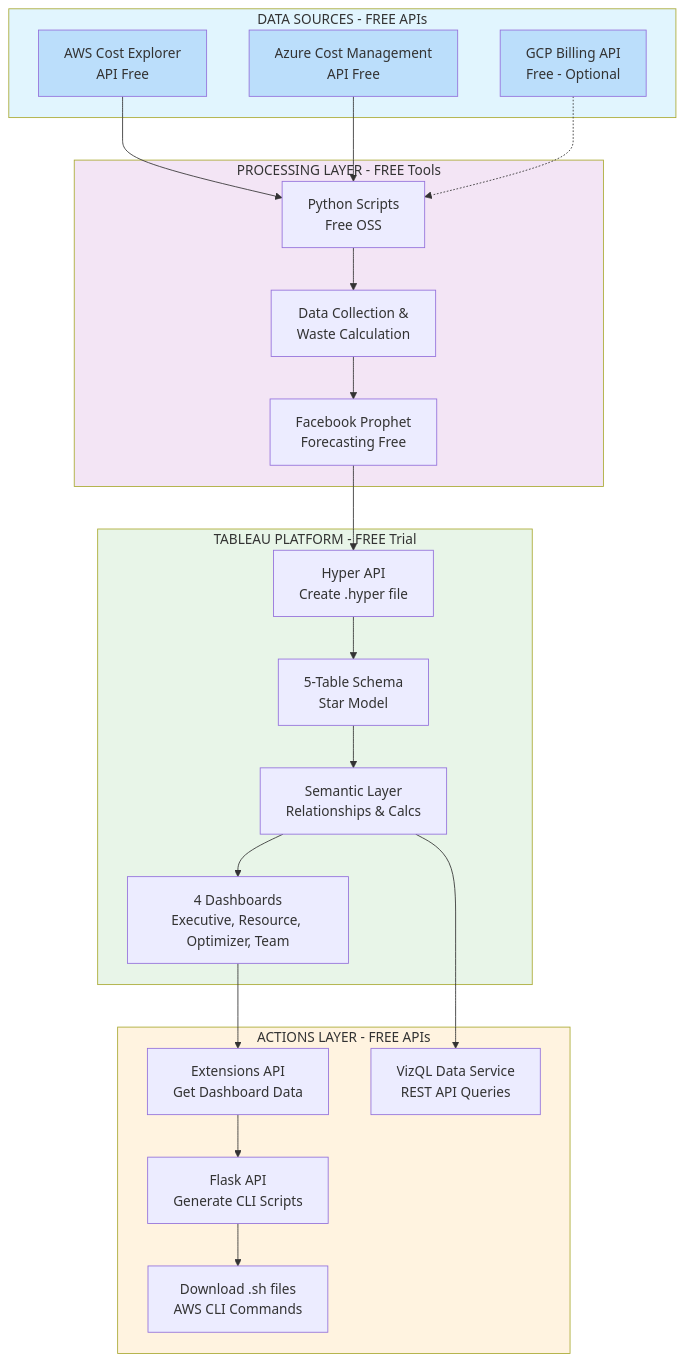
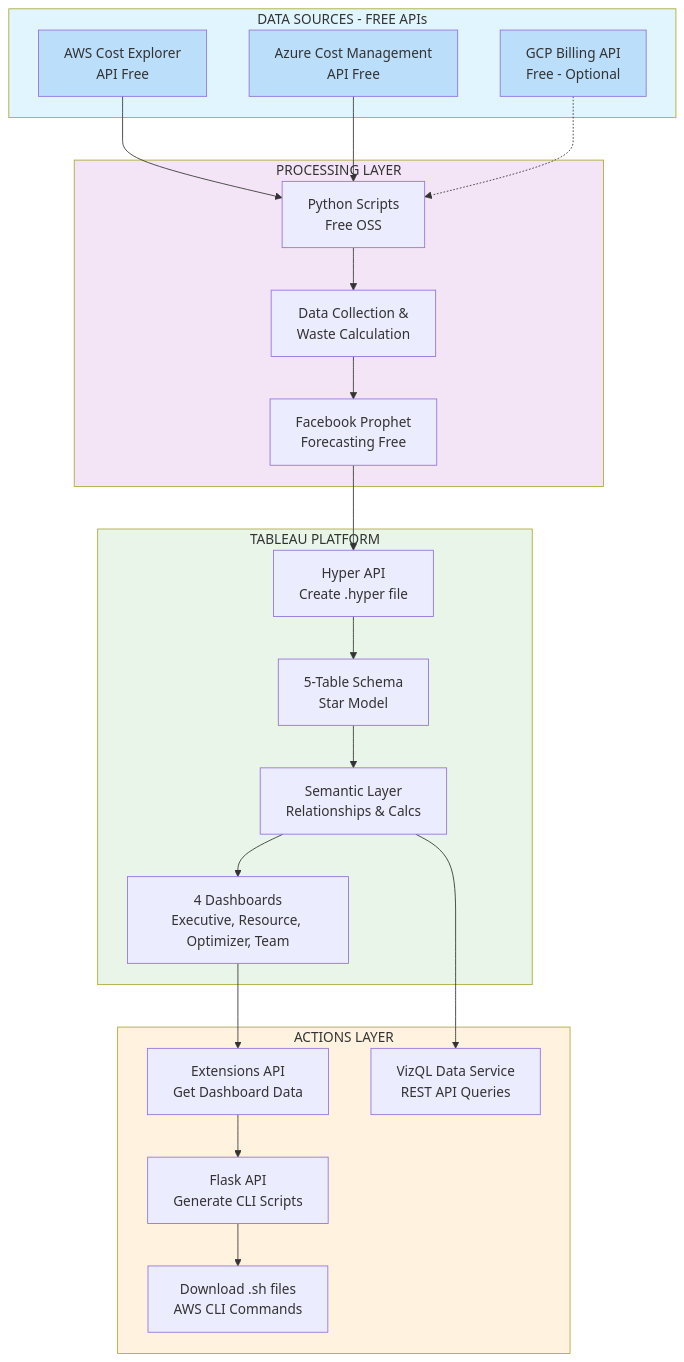
The first of 2 diagrams in README.md (SuchithraChandrasekaran/cloudcost-tracker), drawn with Mermaid before and after one commit.

````diff
--- a/README.md
+++ b/README.md
@@ -93,54 +93,54 @@
 ```mermaid
 
 flowchart TD
     subgraph A [DATA SOURCES - FREE APIs]
         A1[AWS Cost Explorer<br/>API Free]
         A2[Azure Cost Management<br/>API Free] 
         A3[GCP Billing API<br/>Free - Optional]
     end
 
-    subgraph B [PROCESSING LAYER - FREE Tools]
+    subgraph B [PROCESSING LAYER ]
         B1[Python Scripts<br/>Free OSS]
         B2[Data Collection &<br/>Waste Calculation]
         B3[Facebook Prophet<br/>Forecasting Free]
     end
 
-    subgraph C [TABLEAU PLATFORM - FREE Trial]
+    subgraph C [TABLEAU PLATFORM ]
         C1[Hyper API<br/>Create .hyper file]
         C2[5-Table Schema<br/>Star Model]
         C3[Semantic Layer<br/>Relationships & Calcs]
         C4[4 Dashboards<br/>Executive, Resource, Optimizer, Team]
     end
 
-    subgraph D [ACTIONS LAYER - FREE APIs]
+    subgraph D [ACTIONS LAYER ]
         D1[Extensions API<br/>Get Dashboard Data]
         D2[Flask API<br/>Generate CLI Scripts]
         D3[VizQL Data Service<br/>REST API Queries]
         D4[Download .sh files<br/>AWS CLI Commands]
     end
 
     A1 --> B1
     A2 --> B1
     A3 -.-> B1
     
     B1 --> B2
     B2 --> B3
     B3 --> C1
     
     C1 --> C2
     C2 --> C3
     C3 --> C4
     
     C4 --> D1
     D1 --> D2
     D2 --> D4
     C3 --> D3
 
     style A fill:#e1f5fe
     style B fill:#f3e5f5
     style C fill:#e8f5e8
     style D fill:#fff3e0
     style A1 fill:#bbdefb
     style A2 fill:#bbdefb
     style A3 fill:#bbdefb
 ```
````
